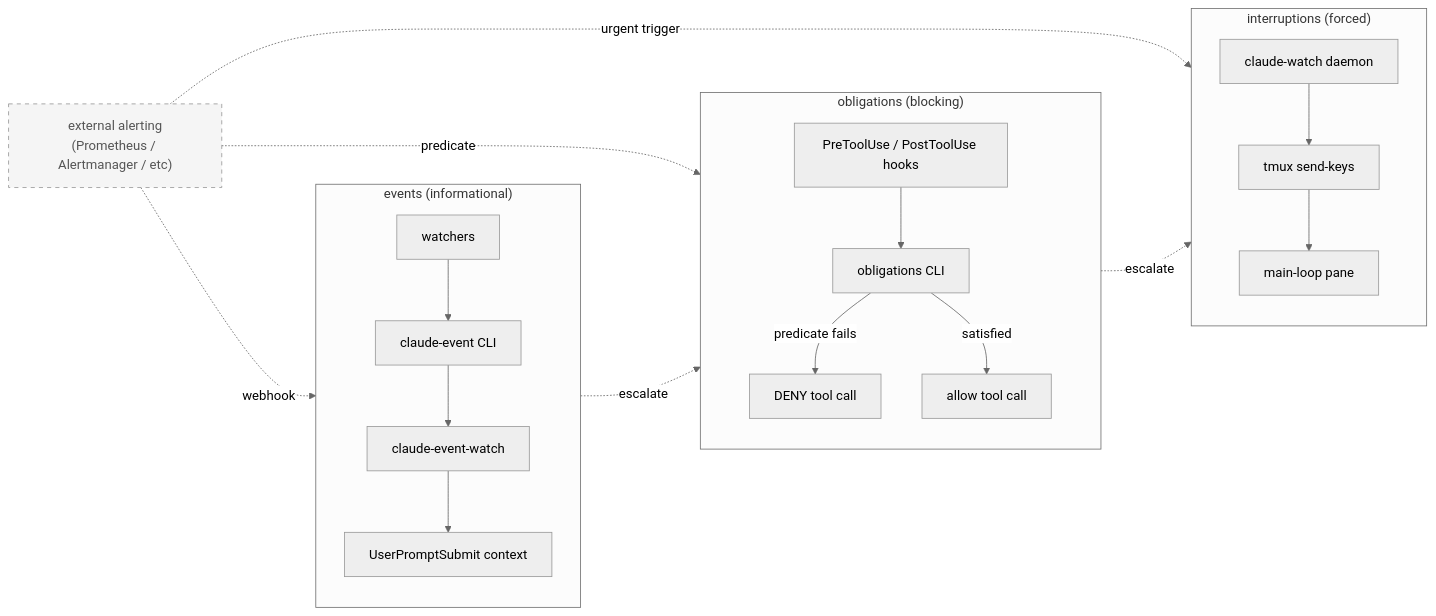
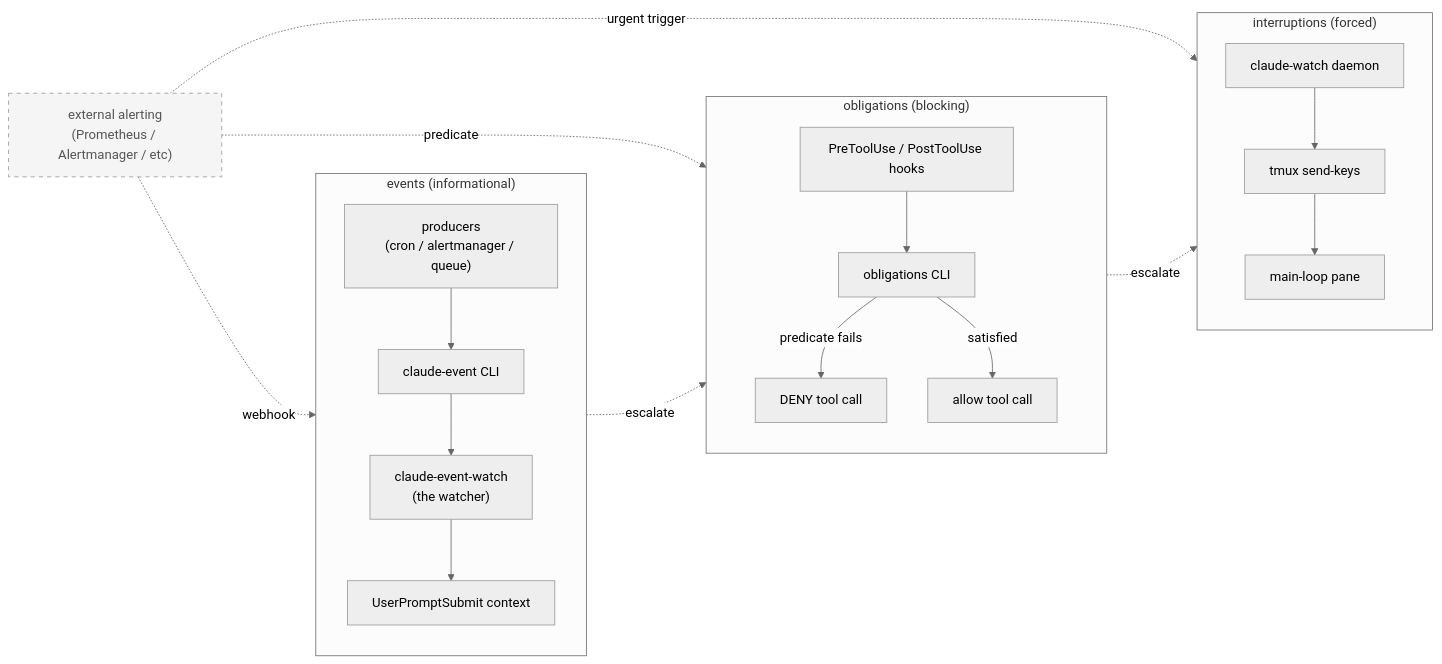
The diagram in README.md (hndrewaall/claude-watch), drawn with Mermaid (neutral theme) before and after one commit. The commit also changed other lines of this file and 4 other files, not shown here.

First line of the commit message:
docs(event-hierarchy): disambiguate "watcher" (one-shot tool) from "event producer" (cron)

````diff
--- a/README.md
+++ b/README.md
@@ -67,27 +68,27 @@
 ```mermaid
 flowchart LR
     EXT["external alerting<br/>(Prometheus / Alertmanager / etc)"]:::ext
     subgraph EV["events (informational)"]
         direction TB
-        W[watchers] --> E[claude-event CLI]
-        E --> EW[claude-event-watch]
+        W["producers<br/>(cron / alertmanager / queue)"] --> E[claude-event CLI]
+        E --> EW["claude-event-watch<br/>(the watcher)"]
         EW --> UPS[UserPromptSubmit context]
     end
     subgraph OB["obligations (blocking)"]
         direction TB
         H[PreToolUse / PostToolUse hooks] --> O[obligations CLI]
         O -->|predicate fails| DENY[DENY tool call]
         O -->|satisfied| ALLOW[allow tool call]
     end
     subgraph IN["interruptions (forced)"]
         direction TB
         CW[claude-watch daemon] --> TSK[tmux send-keys]
         TSK --> MAIN[main-loop pane]
     end
     EV -.escalate.-> OB
     OB -.escalate.-> IN
     EXT -.webhook.-> E
     EXT -.predicate.-> O
     EXT -.urgent trigger.-> CW
     classDef ext stroke-dasharray: 5 5,fill:#f5f5f5,color:#555;
 ```
````
